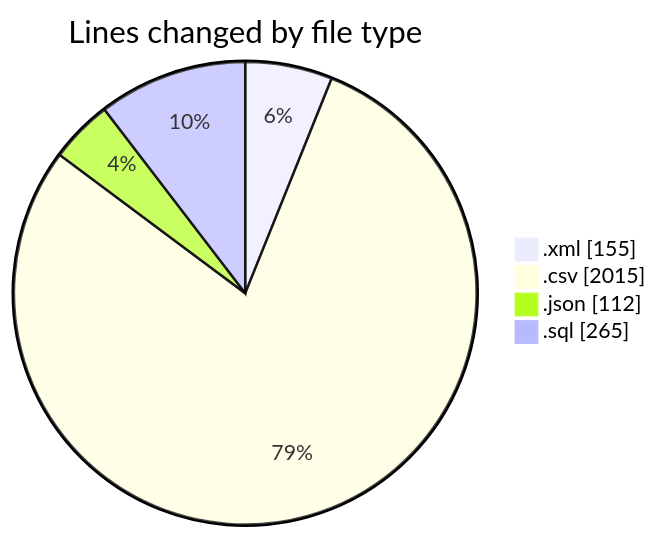
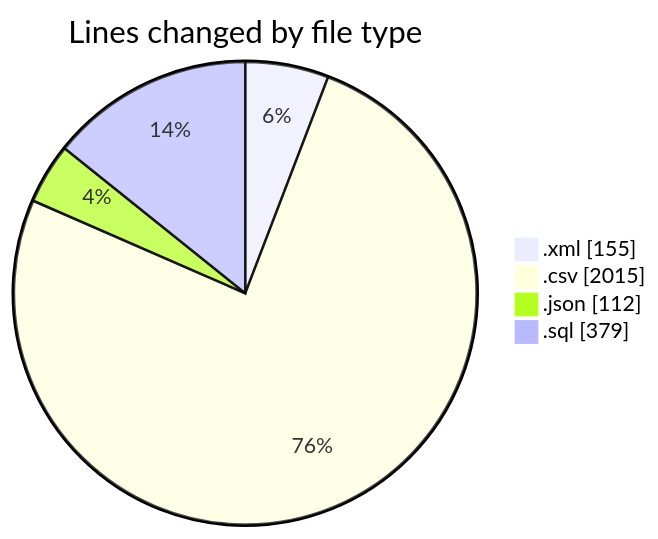
Before and after one commit to ricardozamudiocil/code-tracking: the first of 2 diagrams in 2026-06-04/cilapp/README.md, drawn with Mermaid. The commit also changed other lines of this file and 1 other file, not shown here.

````diff
--- a/2026-06-04/cilapp/README.md
+++ b/2026-06-04/cilapp/README.md
@@ -28,8 +28,8 @@
 ```mermaid
 pie showData
 title Lines changed by file type
 ".xml" : 155
 ".csv" : 2015
 ".json" : 112
-".sql" : 265
+".sql" : 379
 ```
````
